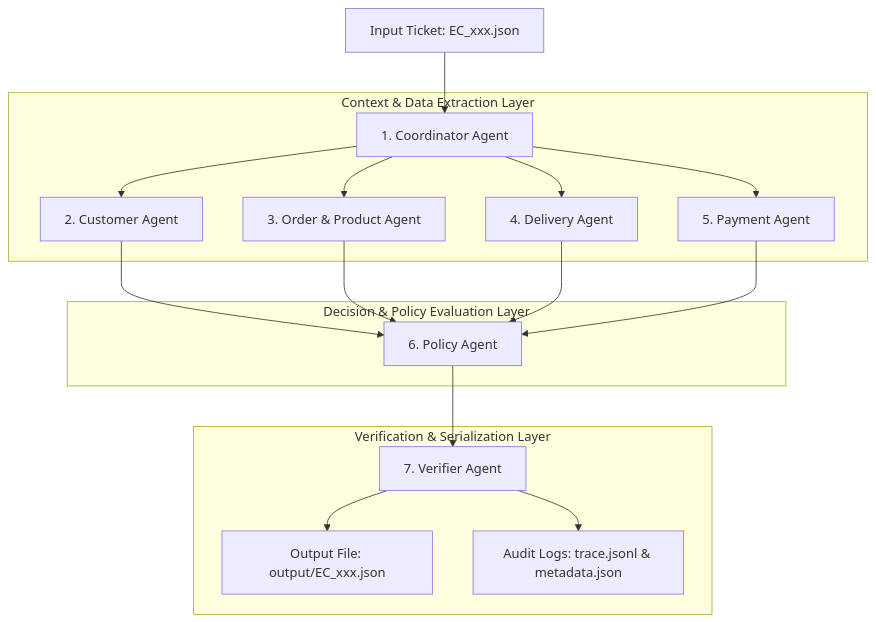
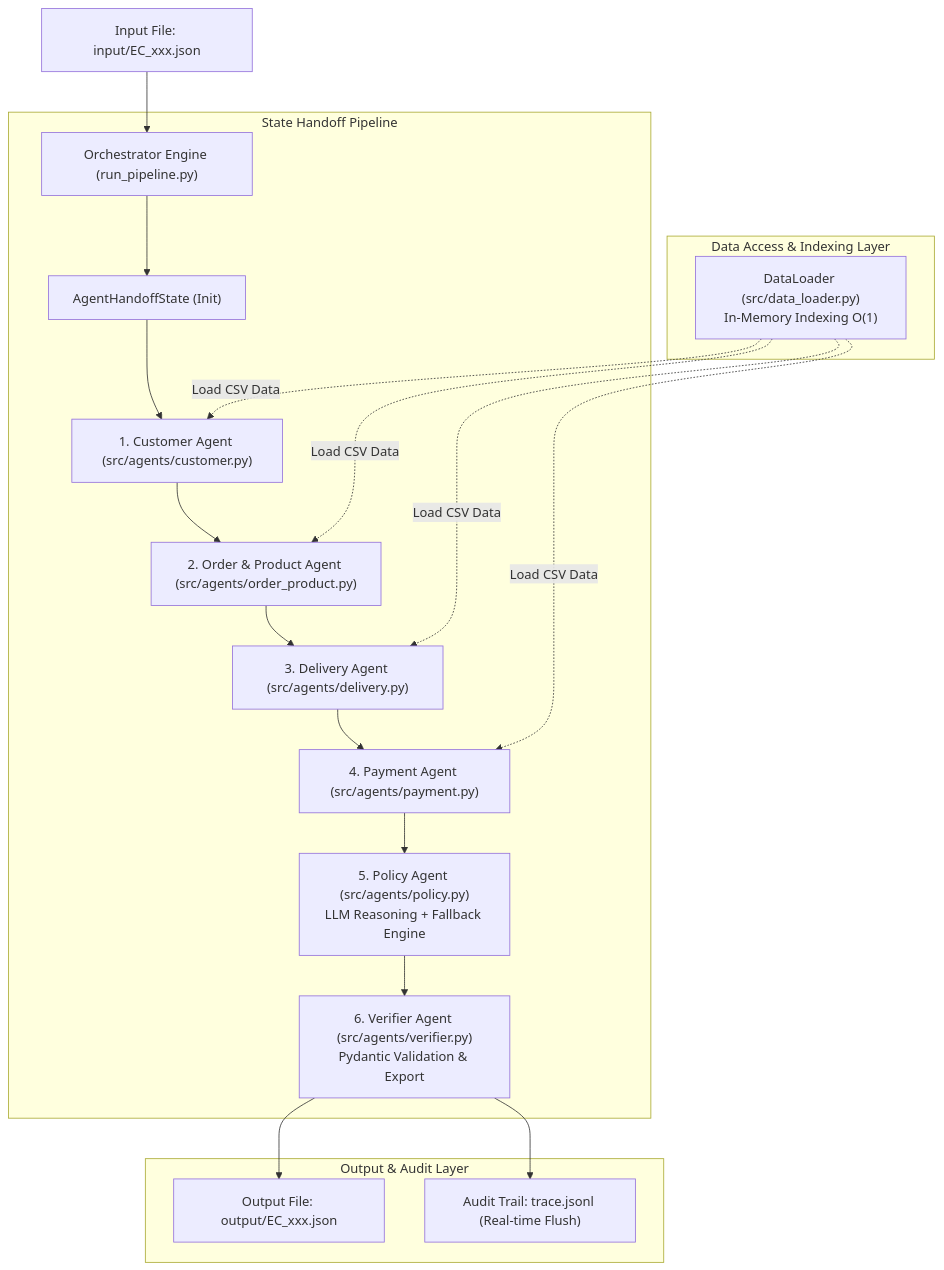
The diagram in architecture.md (bxhoa04/K4-DAY09-2A202601202-BuiXuanHoa), drawn with Mermaid before and after one commit. The commit also changed other lines of this file and 5 other files, not shown here.

Commit message:
docs: update architecture documentation and remove stale cache files from version control

````diff
--- a/architecture.md
+++ b/architecture.md
@@ -14,24 +20,32 @@
 ```mermaid
 graph TD
-    InputTicket[Input Ticket: EC_xxx.json] --> Coordinator[1. Coordinator Agent]
+    InputTicket["Input File: input/EC_xxx.json"] --> Orchestrator["Orchestrator Engine (run_pipeline.py)"]
     
-    subgraph Context & Data Extraction Layer
-        Coordinator --> Customer[2. Customer Agent]
-        Coordinator --> OrderProd[3. Order & Product Agent]
-        Coordinator --> Delivery[4. Delivery Agent]
-        Coordinator --> Payment[5. Payment Agent]
+    subgraph Data Access & Indexing Layer
+        DataLoader["DataLoader (src/data_loader.py)<br>In-Memory Indexing O(1)"]
     end
-    
-    subgraph Decision & Policy Evaluation Layer
-        Customer --> Policy[6. Policy Agent]
-        OrderProd --> Policy
-        Delivery --> Policy
-        Payment --> Policy
+
+    subgraph State Handoff Pipeline
+        Orchestrator --> StateInit["AgentHandoffState (Init)"]
+        DataLoader -. Load CSV Data .-> CustomerAgent
+        StateInit --> CustomerAgent["1. Customer Agent (src/agents/customer.py)"]
+        
+        CustomerAgent --> OrderProdAgent["2. Order & Product Agent (src/agents/order_product.py)"]
+        DataLoader -. Load CSV Data .-> OrderProdAgent
+        
+        OrderProdAgent --> DeliveryAgent["3. Delivery Agent (src/agents/delivery.py)"]
+        DataLoader -. Load CSV Data .-> DeliveryAgent
+        
+        DeliveryAgent --> PaymentAgent["4. Payment Agent (src/agents/payment.py)"]
+        DataLoader -. Load CSV Data .-> PaymentAgent
+        
+        PaymentAgent --> PolicyAgent["5. Policy Agent (src/agents/policy.py)<br>LLM Reasoning + Fallback Engine"]
+        
+        PolicyAgent --> VerifierAgent["6. Verifier Agent (src/agents/verifier.py)<br>Pydantic Validation & Export"]
     end
-    
-    subgraph Verification & Serialization Layer
-        Policy --> Verifier[7. Verifier Agent]
-        Verifier --> OutputJSON[Output File: output/EC_xxx.json]
-        Verifier --> AuditLog[Audit Logs: trace.jsonl & metadata.json]
+
+    subgraph Output & Audit Layer
+        VerifierAgent --> OutputJSON["Output File: output/EC_xxx.json"]
+        VerifierAgent --> AuditLog["Audit Trail: trace.jsonl (Real-time Flush)"]
     end
 ```
````
